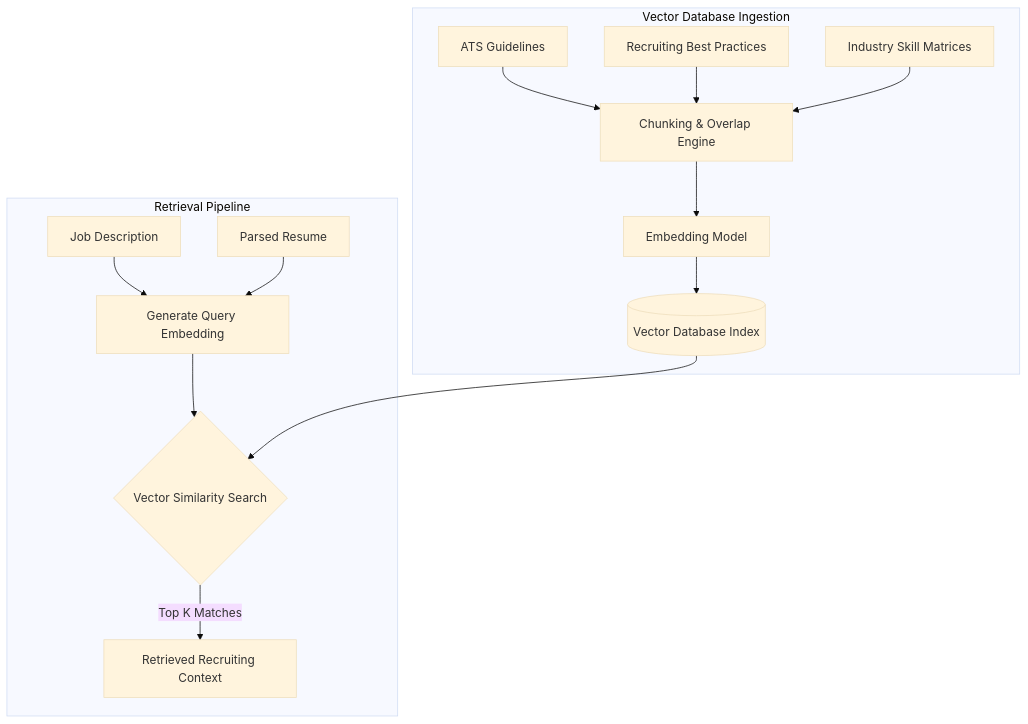
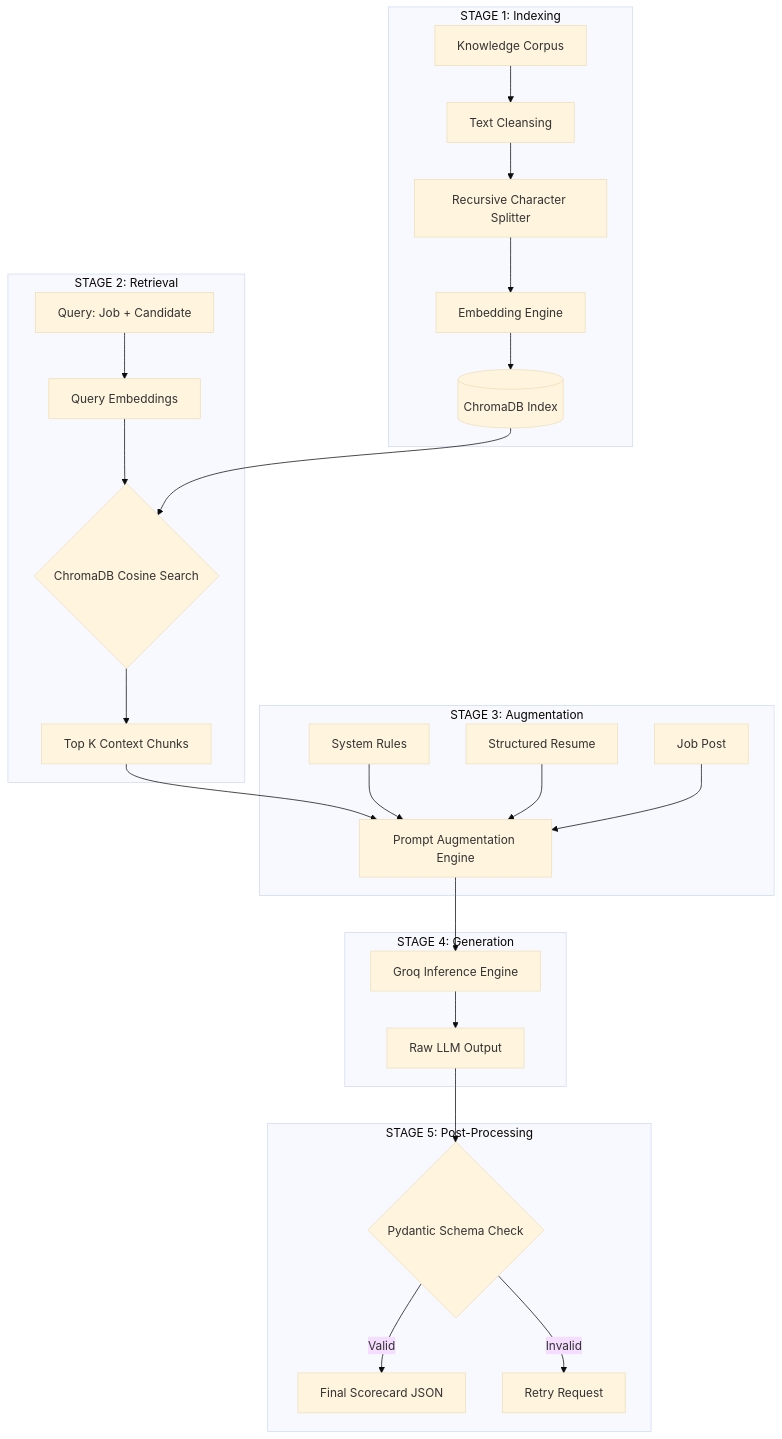
One commit to JinayShah10/RecruitIQ changed the sixth of 7 diagrams in docs/09_AI_Architecture.md. Above: the diagram before and after it, drawn with Mermaid (base theme). The commit also changed other lines of this file, not shown here.

Commit message:
refactor(ai): redesign AI pipeline architecture from scratch

````diff
--- a/docs/09_AI_Architecture.md
+++ b/docs/09_AI_Architecture.md
@@ -143,15 +290,31 @@
 ```mermaid
 graph TD
-    subgraph Vector Database Ingestion
-        A[ATS Guidelines] & B[Recruiting Best Practices] & C[Industry Skill Matrices] --> D[Chunking & Overlap Engine]
-        D --> E[Embedding Model]
-        E --> F[(Vector Database Index)]
+    subgraph STAGE 1: Indexing
+        A1[Knowledge Corpus] --> B1[Text Cleansing]
+        B1 --> C1[Recursive Character Splitter]
+        C1 --> D1[Embedding Engine]
+        D1 --> E1[(ChromaDB Index)]
     end
 
-    subgraph Retrieval Pipeline
-        G[Job Description] & H[Parsed Resume] --> I[Generate Query Embedding]
-        I --> J{Vector Similarity Search}
-        F --> J
-        J -->|Top K Matches| K[Retrieved Recruiting Context]
+    subgraph STAGE 2: Retrieval
+        A2[Query: Job + Candidate] --> B2[Query Embeddings]
+        B2 --> C2{ChromaDB Cosine Search}
+        E1 --> C2
+        C2 --> D2[Top K Context Chunks]
+    end
+
+    subgraph STAGE 3: Augmentation
+        D2 & F2[System Rules] & G2[Structured Resume] & H2[Job Post] --> I2[Prompt Augmentation Engine]
+    end
+
+    subgraph STAGE 4: Generation
+        I2 --> J2[Groq Inference Engine]
+        J2 --> K2[Raw LLM Output]
+    end
+
+    subgraph STAGE 5: Post-Processing
+        K2 --> L2{Pydantic Schema Check}
+        L2 -->|Valid| M2[Final Scorecard JSON]
+        L2 -->|Invalid| N2[Retry Request]
     end
 ```
````
